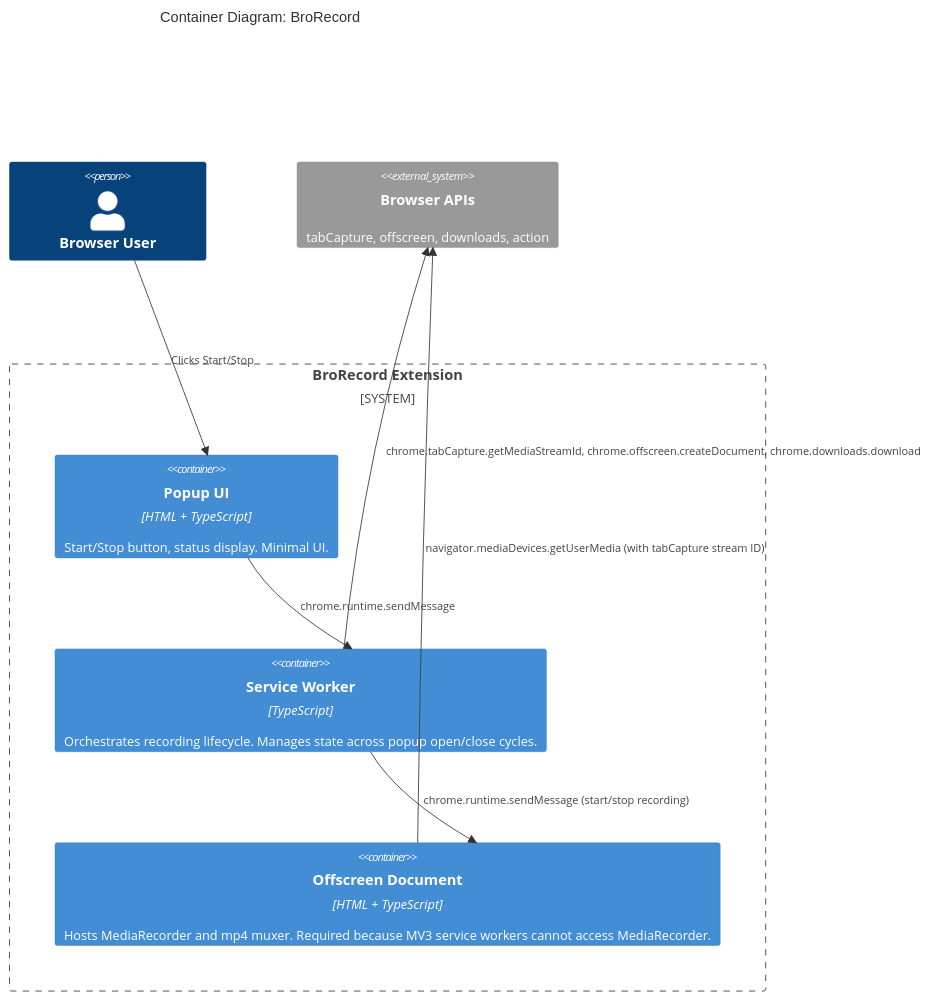
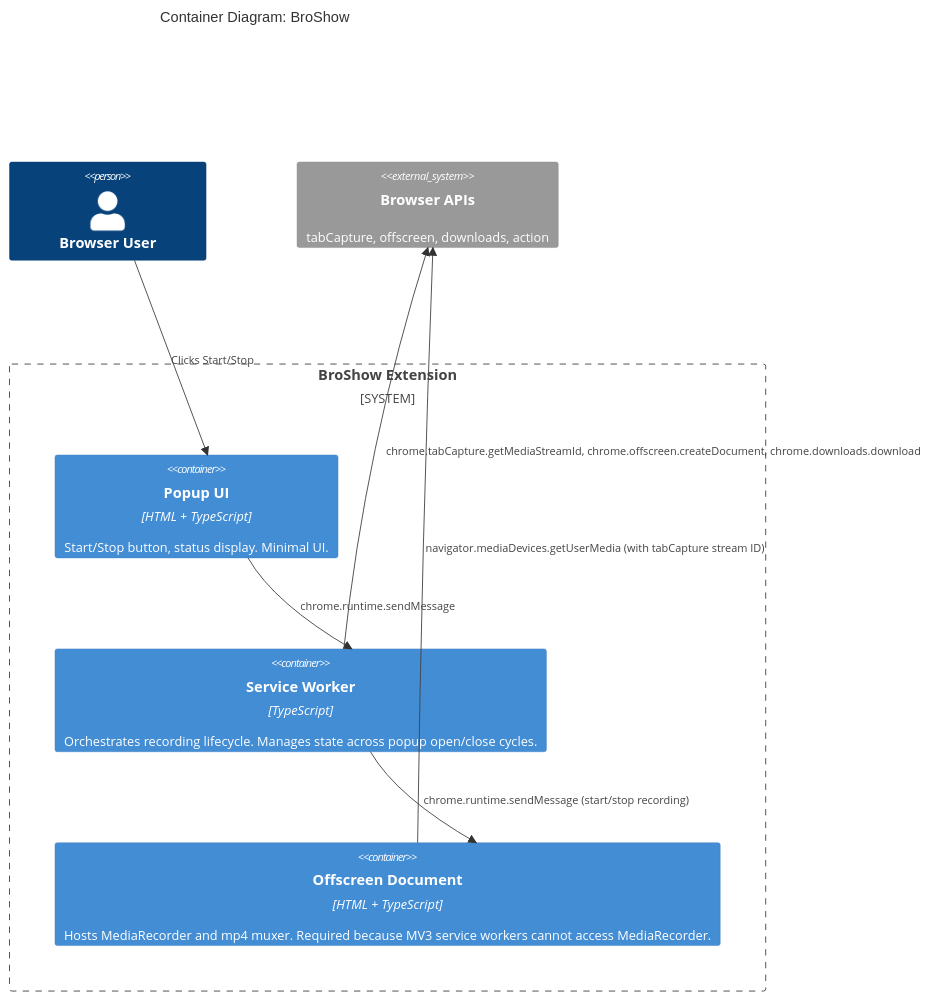
Before and after one commit to jeffabailey/broshow: the second of 2 diagrams in docs/feature/browser-tab-recorder/design/architecture-design.md, drawn with Mermaid. The commit also changed other lines of this file and 233 other files, not shown here.

````diff
--- a/docs/feature/browser-tab-recorder/design/architecture-design.md
+++ b/docs/feature/browser-tab-recorder/design/architecture-design.md
@@ -45,20 +45,20 @@
 ```mermaid
 C4Container
-    title Container Diagram: BroRecord
+    title Container Diagram: BroShow
 
     Person(user, "Browser User")
 
-    System_Boundary(ext, "BroRecord Extension") {
+    System_Boundary(ext, "BroShow Extension") {
         Container(popup, "Popup UI", "HTML + TypeScript", "Start/Stop button, status display. Minimal UI.")
         Container(sw, "Service Worker", "TypeScript", "Orchestrates recording lifecycle. Manages state across popup open/close cycles.")
         Container(offscreen, "Offscreen Document", "HTML + TypeScript", "Hosts MediaRecorder and mp4 muxer. Required because MV3 service workers cannot access MediaRecorder.")
     }
 
     System_Ext(browser, "Browser APIs", "tabCapture, offscreen, downloads, action")
 
     Rel(user, popup, "Clicks Start/Stop")
     Rel(popup, sw, "chrome.runtime.sendMessage")
     Rel(sw, browser, "chrome.tabCapture.getMediaStreamId, chrome.offscreen.createDocument, chrome.downloads.download")
     Rel(sw, offscreen, "chrome.runtime.sendMessage (start/stop recording)")
     Rel(offscreen, browser, "navigator.mediaDevices.getUserMedia (with tabCapture stream ID)")
 ```
````
